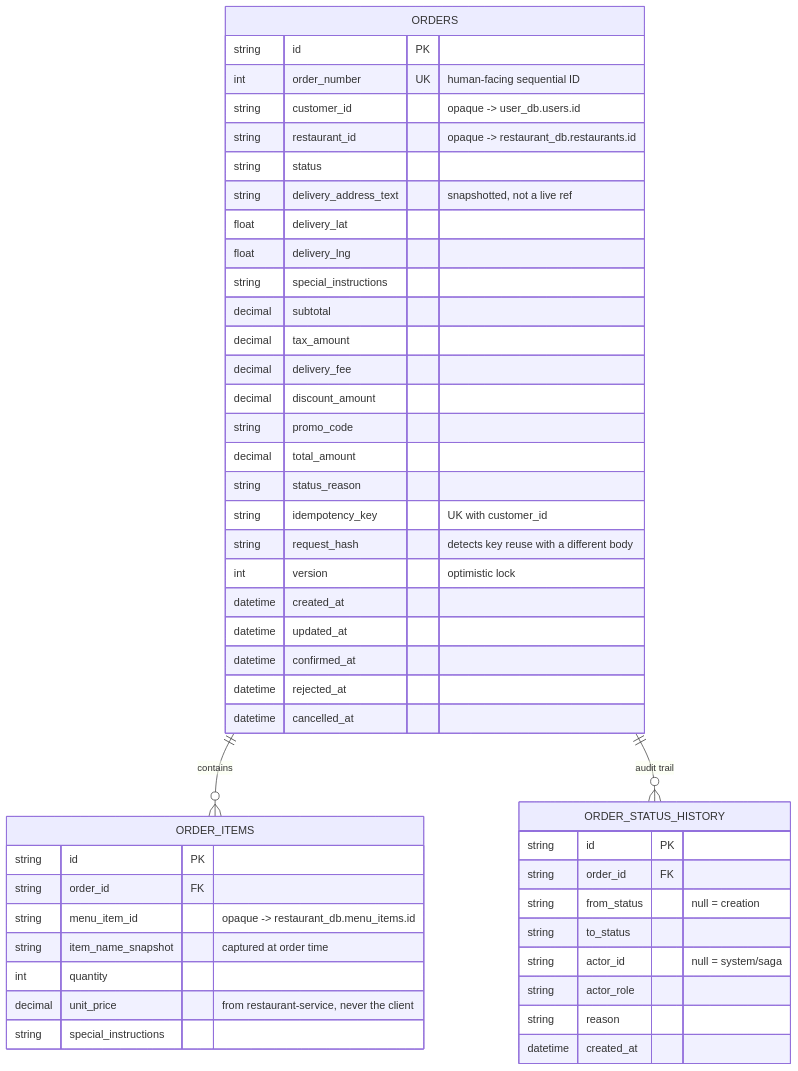
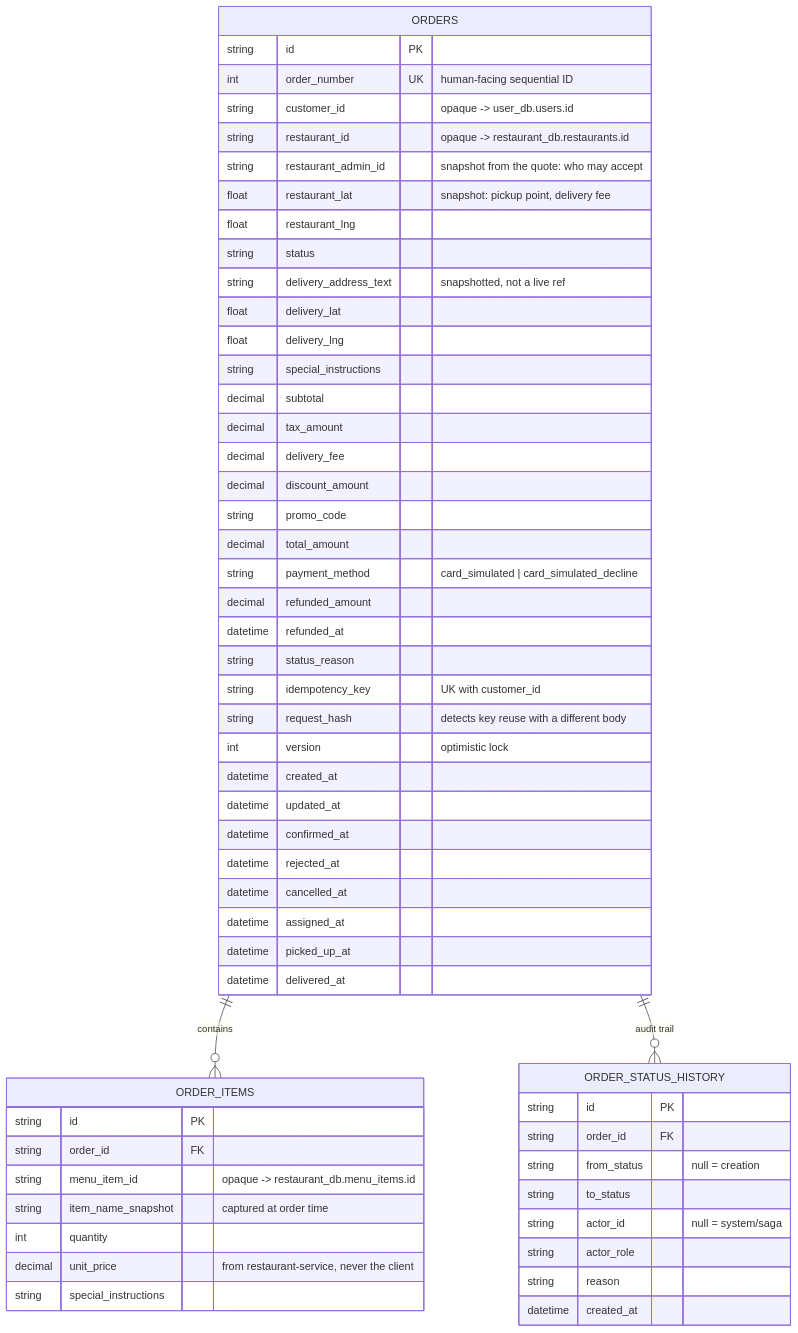
Before and after one commit to umer-emumba/smartfoodops-ms: the eighth of 13 diagrams in docs/diagrams.md, drawn with Mermaid. The commit also changed other lines of this file and 8 other files, not shown here.

First line of the commit message:
Week 2 step 8: lifecycle scenarios, second seeded rider, docs and diagrams

````diff
--- a/docs/diagrams.md
+++ b/docs/diagrams.md
@@ -172,51 +352,60 @@
 ```mermaid
 erDiagram
     ORDERS ||--o{ ORDER_ITEMS : contains
     ORDERS ||--o{ ORDER_STATUS_HISTORY : "audit trail"
 
     ORDERS {
         string id PK
         int order_number UK "human-facing sequential ID"
         string customer_id "opaque -> user_db.users.id"
         string restaurant_id "opaque -> restaurant_db.restaurants.id"
+        string restaurant_admin_id "snapshot from the quote: who may accept"
+        float restaurant_lat "snapshot: pickup point, delivery fee"
+        float restaurant_lng
         string status
         string delivery_address_text "snapshotted, not a live ref"
         float delivery_lat
         float delivery_lng
         string special_instructions
         decimal subtotal
         decimal tax_amount
         decimal delivery_fee
         decimal discount_amount
         string promo_code
         decimal total_amount
+        string payment_method "card_simulated | card_simulated_decline"
+        decimal refunded_amount
+        datetime refunded_at
         string status_reason
         string idempotency_key "UK with customer_id"
         string request_hash "detects key reuse with a different body"
         int version "optimistic lock"
         datetime created_at
         datetime updated_at
         datetime confirmed_at
         datetime rejected_at
         datetime cancelled_at
+        datetime assigned_at
+        datetime picked_up_at
+        datetime delivered_at
     }
     ORDER_ITEMS {
         string id PK
         string order_id FK
         string menu_item_id "opaque -> restaurant_db.menu_items.id"
         string item_name_snapshot "captured at order time"
         int quantity
         decimal unit_price "from restaurant-service, never the client"
         string special_instructions
     }
     ORDER_STATUS_HISTORY {
         string id PK
         string order_id FK
         string from_status "null = creation"
         string to_status
         string actor_id "null = system/saga"
         string actor_role
         string reason
         datetime created_at
     }
 ```
````
